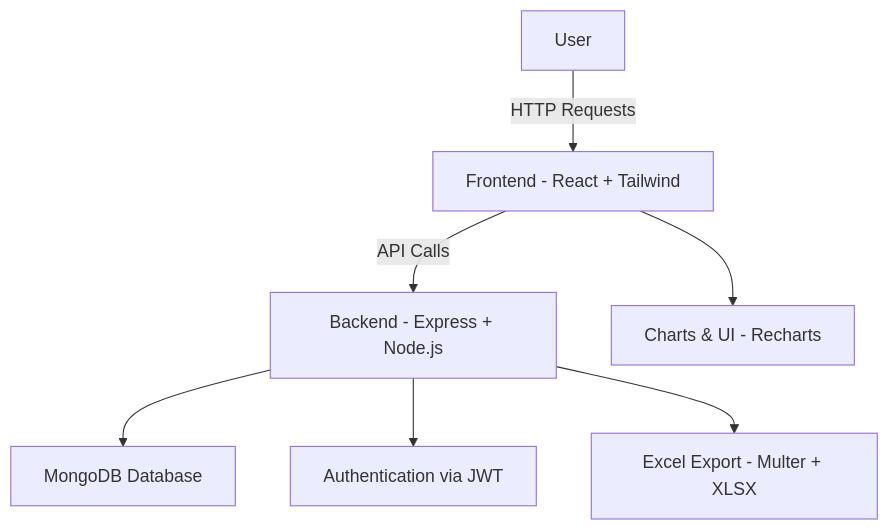
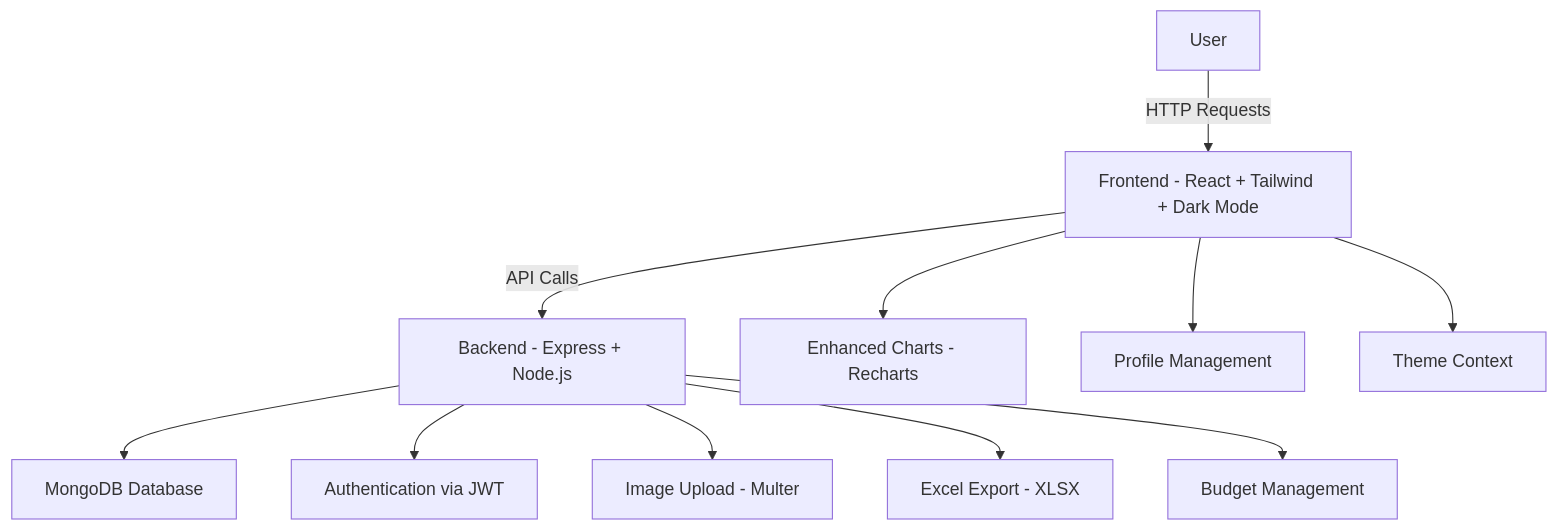
One commit to jcobsntos/expense-tracker-web-app changed the diagram in README.md. Above: the diagram before and after it, drawn with Mermaid. The commit also changed other lines of this file and 23 other files, not shown here.

First line of the commit message:
📝 Update README with new features and completed roadmap items

````diff
--- a/README.md
+++ b/README.md
@@ -101,9 +106,13 @@
 ```mermaid
 flowchart TD
-    User[User] -->|HTTP Requests| A[Frontend - React + Tailwind]
+    User[User] -->|HTTP Requests| A[Frontend - React + Tailwind + Dark Mode]
     A -->|API Calls| B[Backend - Express + Node.js]
     B --> C[MongoDB Database]
     B --> D[Authentication via JWT]
-    B --> E[Excel Export - Multer + XLSX]
-    A --> F[Charts & UI - Recharts]
+    B --> E[Image Upload - Multer]
+    B --> F[Excel Export - XLSX]
+    B --> G[Budget Management]
+    A --> H[Enhanced Charts - Recharts]
+    A --> I[Profile Management]
+    A --> J[Theme Context]
 ```
````
